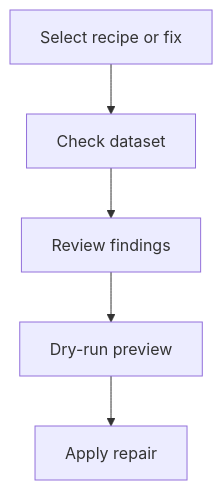
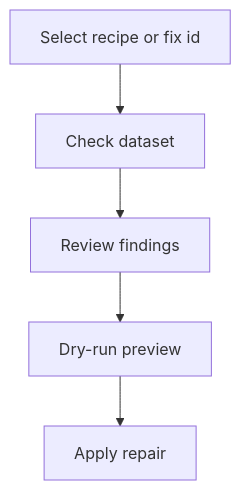
Before and after one commit to roocs/woodpecker: the diagram in docs/OVERVIEW.md, drawn with Mermaid. The commit also changed 6 other files, not shown here.

````diff
--- a/docs/OVERVIEW.md
+++ b/docs/OVERVIEW.md
@@ -16,7 +16,7 @@
 ```mermaid
 flowchart TD
-    Select["Select recipe or fix"] --> Check["Check dataset"]
+    Select["Select recipe or fix id"] --> Check["Check dataset"]
     Check --> Findings["Review findings"]
     Findings --> Preview["Dry-run preview"]
     Preview --> Apply["Apply repair"]
 ```
````
